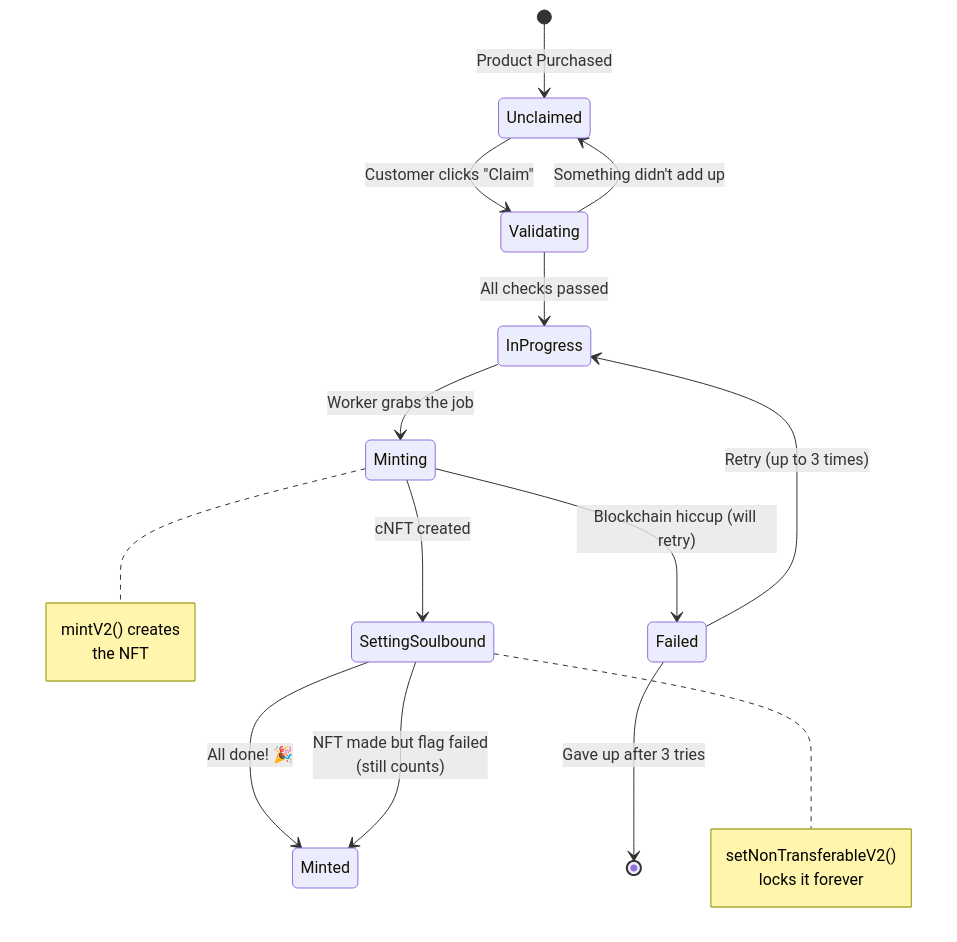
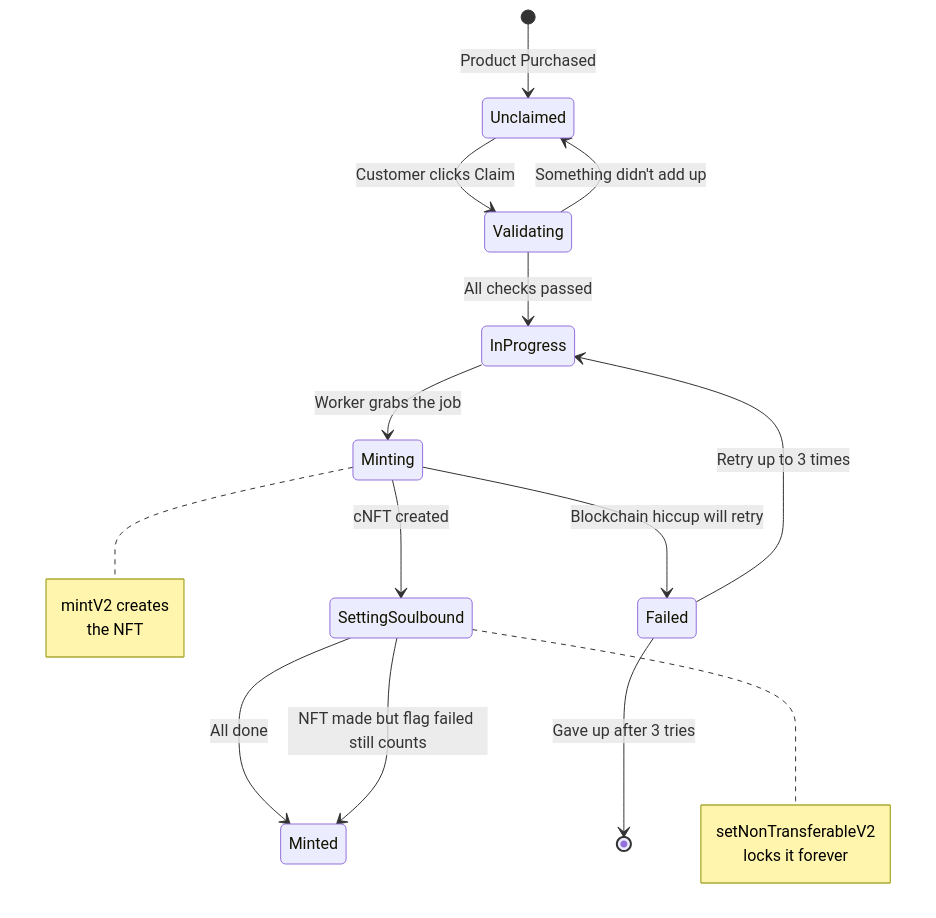
One commit to solydstore/inner_cnft_manager_heroku changed the eighth of 21 diagrams in README.md. Above: the diagram before and after it, drawn with Mermaid. The commit also changed other lines of this file, not shown here.

Commit message:
Fix Mermaid charts

````diff
--- a/README.md
+++ b/README.md
@@ -561,30 +568,30 @@
 ```mermaid
 stateDiagram-v2
     [*] --> Unclaimed: Product Purchased
 
-    Unclaimed --> Validating: Customer clicks "Claim"
+    Unclaimed --> Validating: Customer clicks Claim
 
     Validating --> InProgress: All checks passed
     Validating --> Unclaimed: Something didn't add up
 
     InProgress --> Minting: Worker grabs the job
 
     Minting --> SettingSoulbound: cNFT created
-    Minting --> Failed: Blockchain hiccup (will retry)
+    Minting --> Failed: Blockchain hiccup will retry
 
-    SettingSoulbound --> Minted: All done! 🎉
-    SettingSoulbound --> Minted: NFT made but flag failed<br/>(still counts)
+    SettingSoulbound --> Minted: All done
+    SettingSoulbound --> Minted: NFT made but flag failed still counts
 
-    Failed --> InProgress: Retry (up to 3 times)
+    Failed --> InProgress: Retry up to 3 times
     Failed --> [*]: Gave up after 3 tries
 
     note right of Minting
-        mintV2() creates
+        mintV2 creates
         the NFT
     end note
 
     note right of SettingSoulbound
-        setNonTransferableV2()
+        setNonTransferableV2
         locks it forever
     end note
 ```
````
